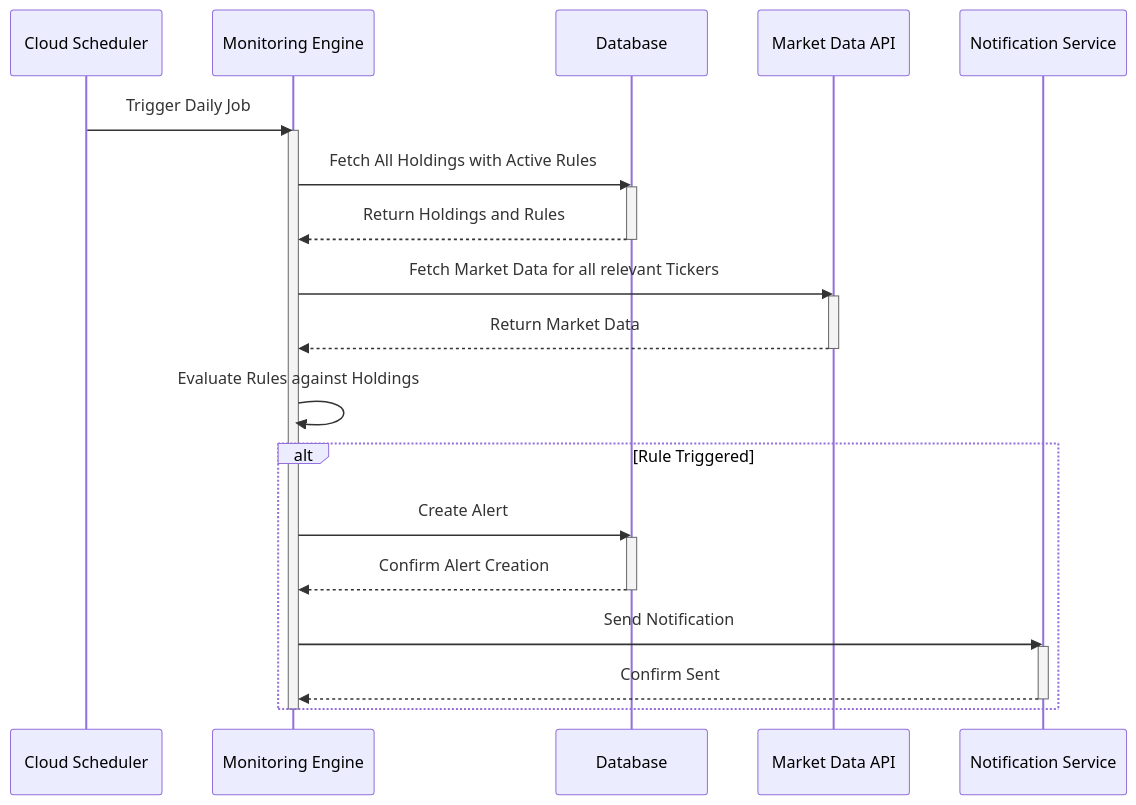
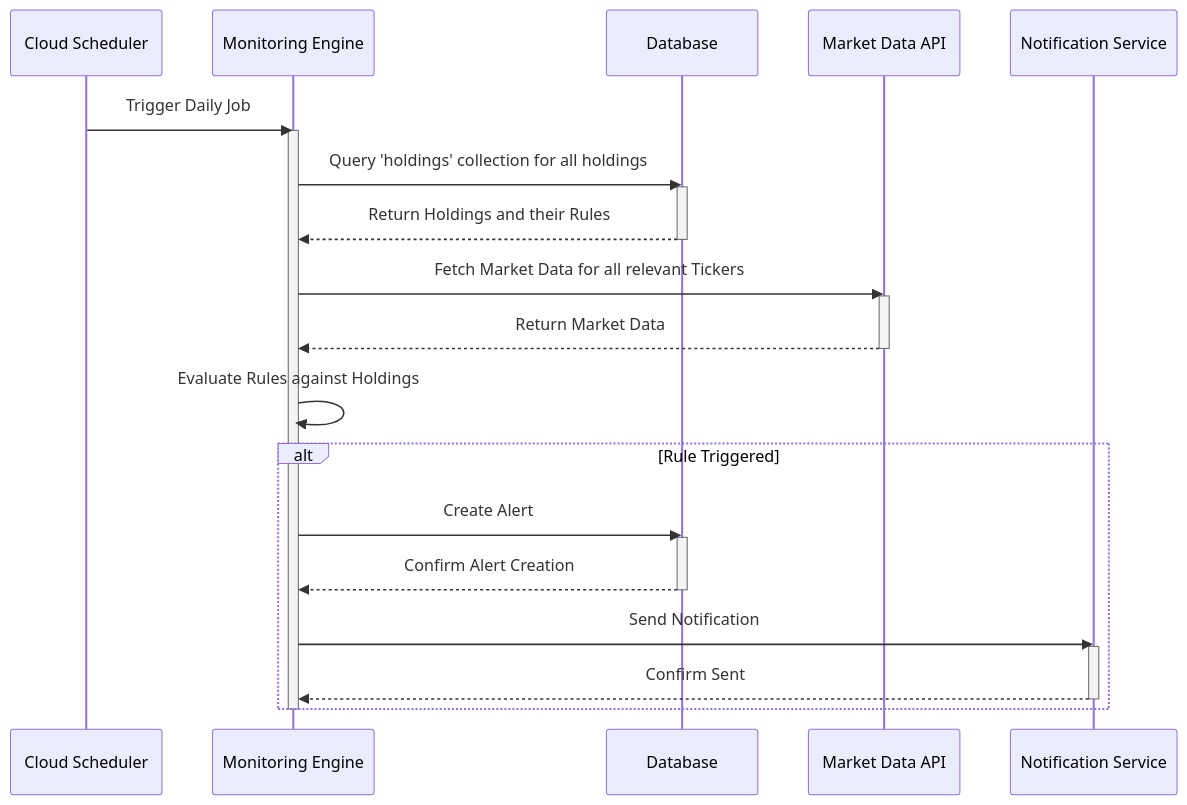
One commit to enzhao/Sentinel changed diagram 12 of 17 in product_spec.md. Above: the diagram before and after it, drawn with Mermaid. The commit also changed other lines of this file, not shown here.

````diff
--- a/product_spec.md
+++ b/product_spec.md
@@ -887,30 +991,30 @@
 ```mermaid
 sequenceDiagram
     participant Scheduler as Cloud Scheduler
     participant Engine as Monitoring Engine
     participant DB as Database
     participant API as Market Data API
     participant Notify as Notification Service
     Scheduler->>Engine: Trigger Daily Job
     activate Engine
-    Engine->>DB: Fetch All Holdings with Active Rules
+    Engine->>DB: Query 'holdings' collection for all holdings
     activate DB
-    DB-->>Engine: Return Holdings and Rules
+    DB-->>Engine: Return Holdings and their Rules
     deactivate DB
     Engine->>API: Fetch Market Data for all relevant Tickers
     activate API
     API-->>Engine: Return Market Data
     deactivate API
     Engine->>Engine: Evaluate Rules against Holdings
     alt Rule Triggered
         Engine->>DB: Create Alert
         activate DB
         DB-->>Engine: Confirm Alert Creation
         deactivate DB
         Engine->>Notify: Send Notification
         activate Notify
         Notify-->>Engine: Confirm Sent
         deactivate Notify
     end
     deactivate Engine
 ```
````
